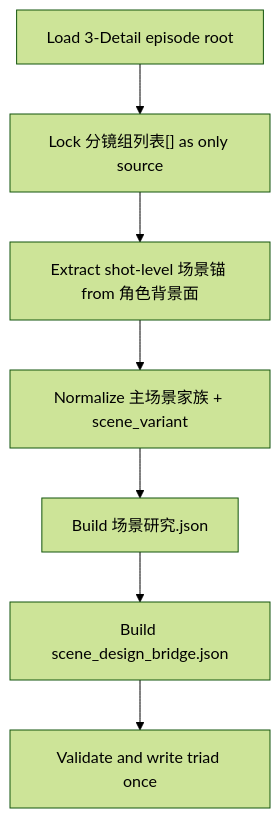
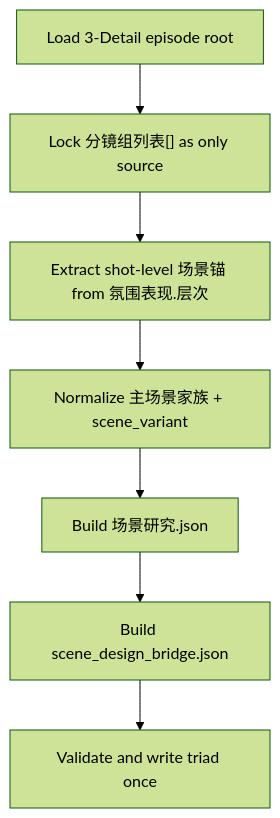
One commit to ZEN-VOID/AI-CUT changed the first of 3 diagrams in .agents/skills/aigc/4-Design/1-清单/场景/SKILL.md. Above: the diagram before and after it, drawn with Mermaid (forest theme). The commit also changed other lines of this file and 1383 other files, not shown here.

````diff
--- a/.agents/skills/aigc/4-Design/1-清单/场景/SKILL.md
+++ b/.agents/skills/aigc/4-Design/1-清单/场景/SKILL.md
@@ -139,9 +140,9 @@
 ```mermaid
 flowchart TD
     A["Load 3-Detail episode root"] --> B["Lock 分镜组列表[] as only source"]
-    B --> C["Extract shot-level 场景锚 from 角色背景面"]
+    B --> C["Extract shot-level 场景锚 from 氛围表现.层次"]
     C --> D["Normalize 主场景家族 + scene_variant"]
     D --> E["Build 场景研究.json"]
     E --> F["Build scene_design_bridge.json"]
     F --> G["Validate and write triad once"]
 ```
````
